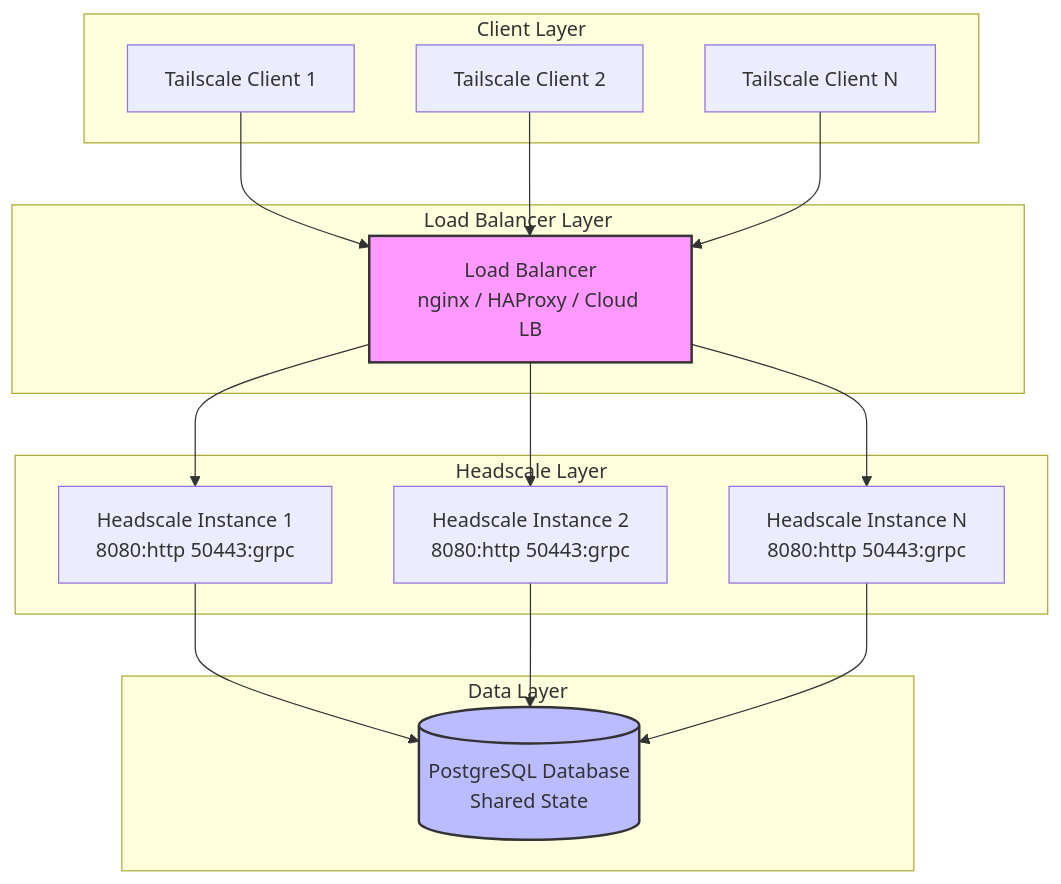
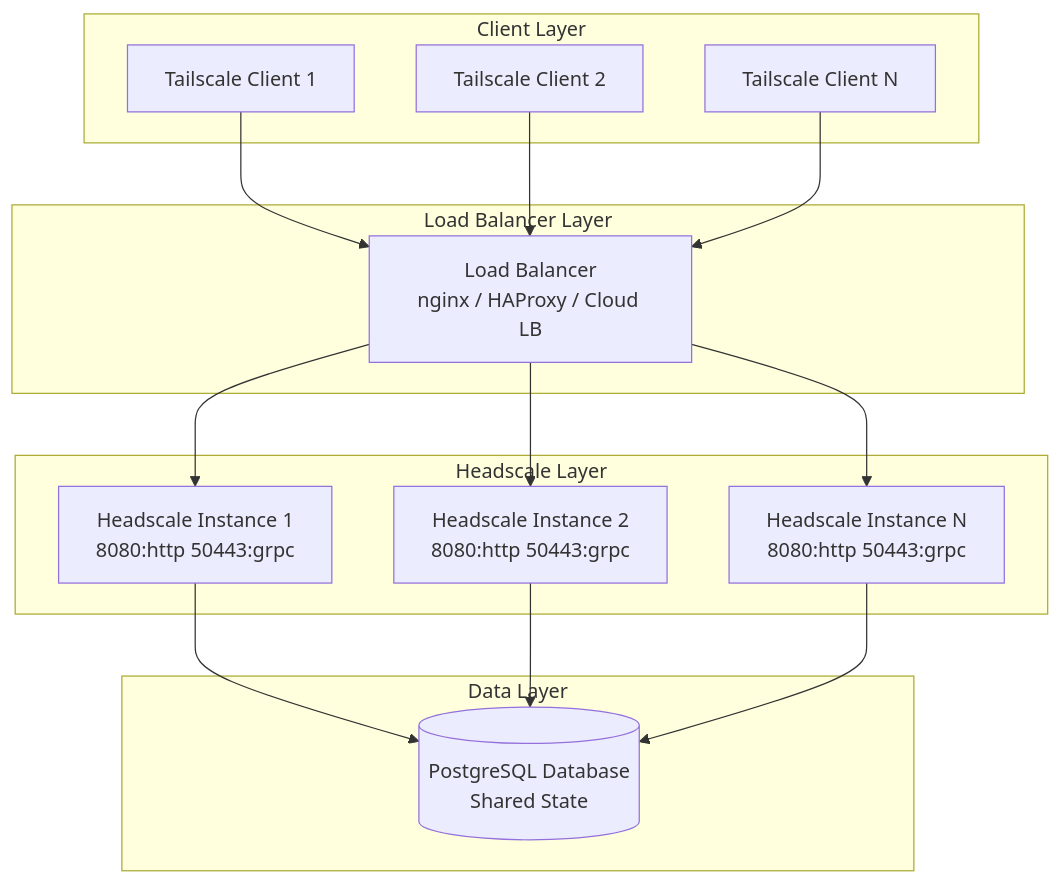
One commit to vicaya/headscale changed the first of 5 diagrams in docs/setup/install/ha.md. Above: the diagram before and after it, drawn with Mermaid. The commit also changed other lines of this file, not shown here.

Commit message:
Remove mermaid diagram background fills and add DERP workaround in K8s example

````diff
--- a/docs/setup/install/ha.md
+++ b/docs/setup/install/ha.md
@@ -18,29 +18,26 @@
 ```mermaid
 graph TB
     subgraph "Client Layer"
         C1[Tailscale Client 1]
         C2[Tailscale Client 2]
         C3[Tailscale Client N]
     end
     
     subgraph "Load Balancer Layer"
         LB[Load Balancer<br/>nginx / HAProxy / Cloud LB]
     end
     
     subgraph "Headscale Layer"
         HS1[Headscale Instance 1<br/>8080:http 50443:grpc]
         HS2[Headscale Instance 2<br/>8080:http 50443:grpc]
         HS3[Headscale Instance N<br/>8080:http 50443:grpc]
     end
     
     subgraph "Data Layer"
         DB[(PostgreSQL Database<br/>Shared State)]
     end
     
     C1 & C2 & C3 --> LB
     LB --> HS1 & HS2 & HS3
     HS1 & HS2 & HS3 --> DB
-    
-    style LB fill:#f9f,stroke:#333,stroke-width:2px
-    style DB fill:#bbf,stroke:#333,stroke-width:2px
 ```
````
